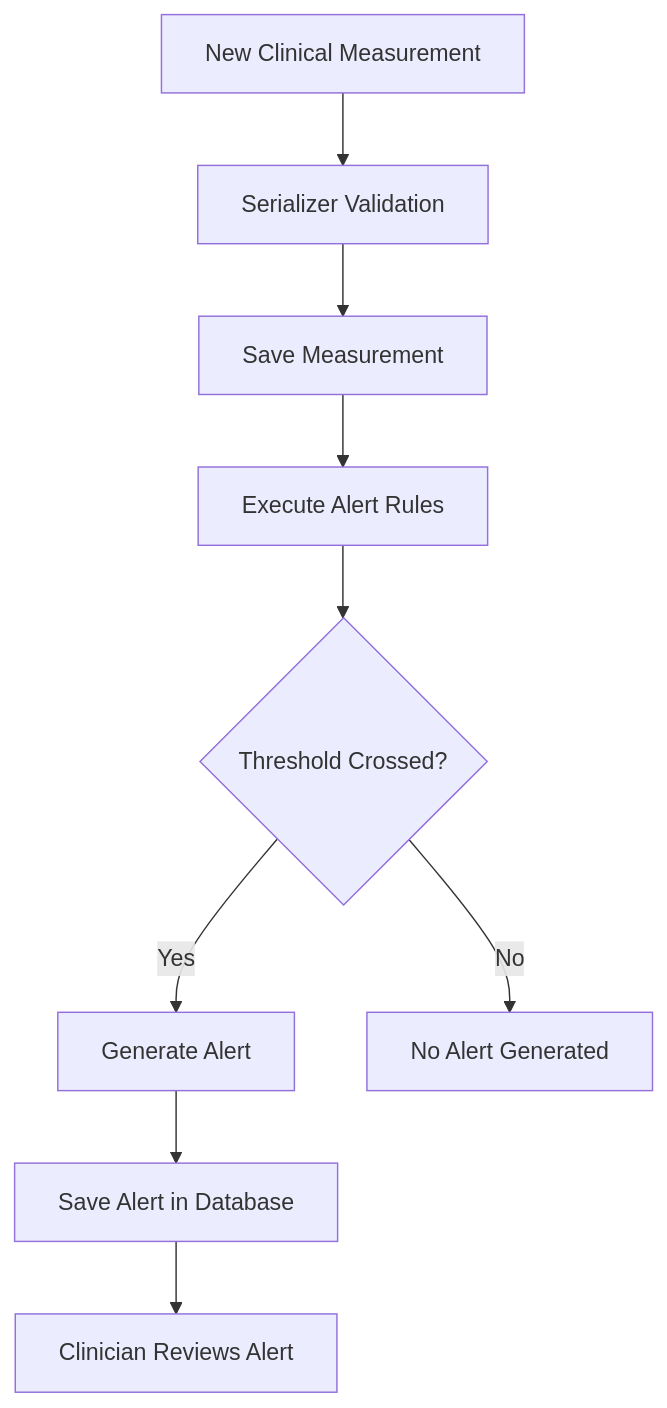
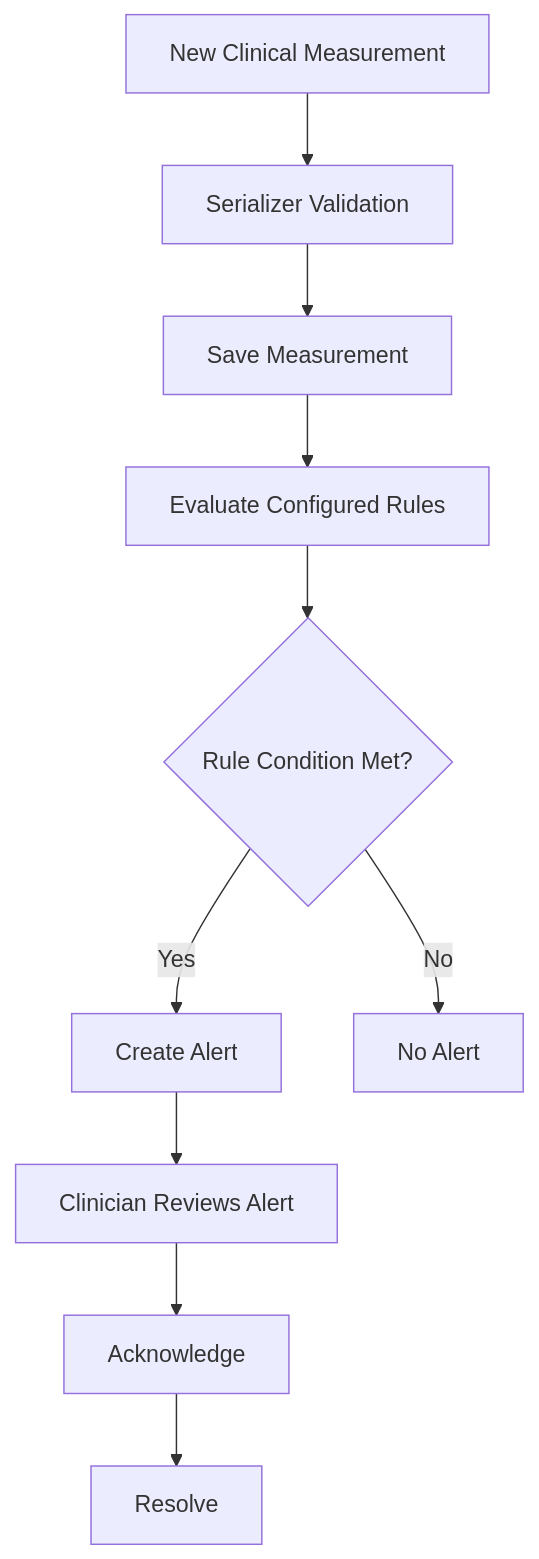
Before and after one commit to Tiyasha16/Clinexa: the second of 2 diagrams in README.md, drawn with Mermaid. The commit also changed other lines of this file, not shown here.

````diff
--- a/README.md
+++ b/README.md
@@ -143,11 +138,12 @@
 ```mermaid
 flowchart TD
     A["New Clinical Measurement"] --> B["Serializer Validation"]
     B --> C["Save Measurement"]
-    C --> D["Execute Alert Rules"]
-    D --> E{"Threshold Crossed?"}
-    E -->|Yes| F["Generate Alert"]
-    E -->|No| G["No Alert Generated"]
-    F --> H["Save Alert in Database"]
-    H --> I["Clinician Reviews Alert"]
+    C --> D["Evaluate Configured Rules"]
+    D --> E{"Rule Condition Met?"}
+    E -->|Yes| F["Create Alert"]
+    E -->|No| G["No Alert"]
+    F --> H["Clinician Reviews Alert"]
+    H --> I["Acknowledge"]
+    I --> J["Resolve"]
 ```
````
